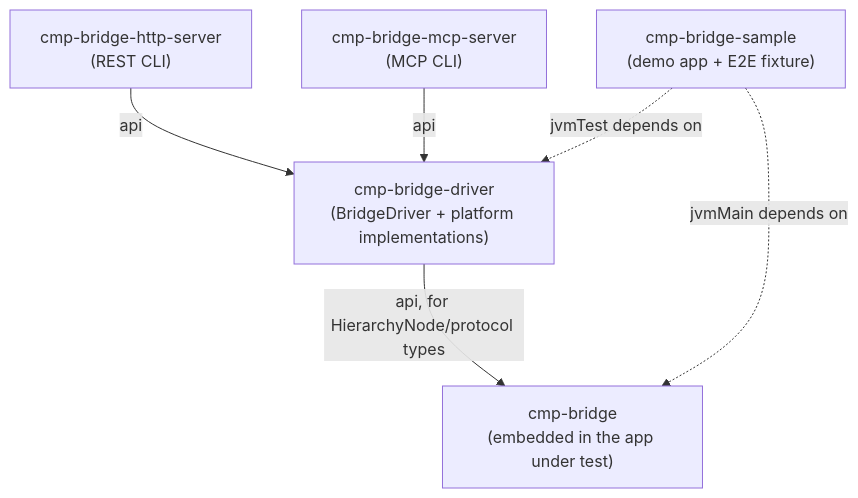
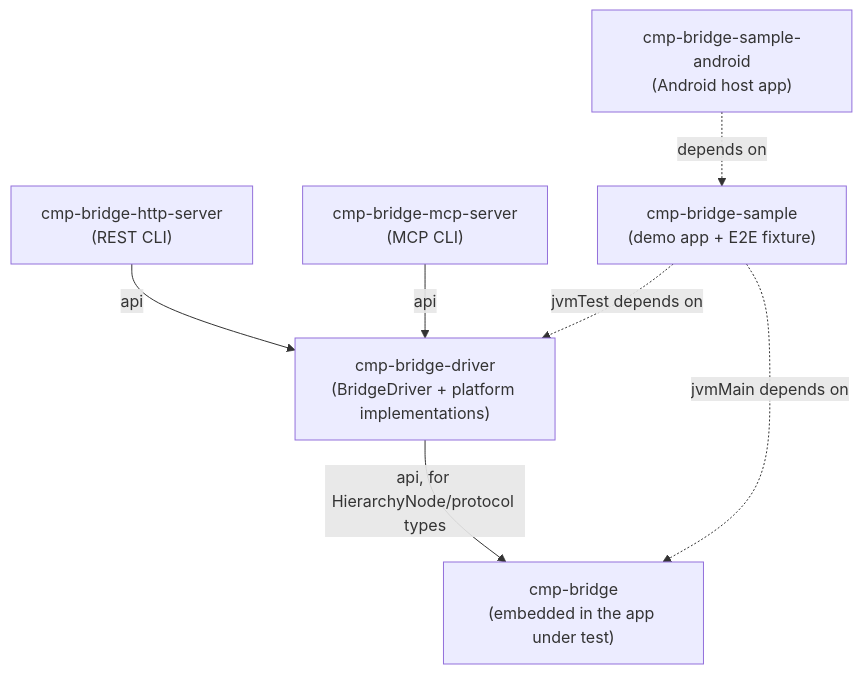
One commit to CRamsan/cmp-bridge changed the diagram in README.md. Above: the diagram before and after it, drawn with Mermaid. The commit also changed other lines of this file and 9 other files, not shown here.

First line of the commit message:
Add an Android target to the sample app

````diff
--- a/README.md
+++ b/README.md
@@ -42,14 +42,16 @@
 ```mermaid
 graph TB
   bridge["cmp-bridge<br/>(embedded in the app under test)"]
   driver["cmp-bridge-driver<br/>(BridgeDriver + platform implementations)"]
   http["cmp-bridge-http-server<br/>(REST CLI)"]
   mcp["cmp-bridge-mcp-server<br/>(MCP CLI)"]
   sample["cmp-bridge-sample<br/>(demo app + E2E fixture)"]
+  sampleAndroid["cmp-bridge-sample-android<br/>(Android host app)"]
 
   driver -->|api, for HierarchyNode/protocol types| bridge
   http -->|api| driver
   mcp -->|api| driver
   sample -.jvmMain depends on.-> bridge
   sample -.jvmTest depends on.-> driver
+  sampleAndroid -.depends on.-> sample
 ```
````
